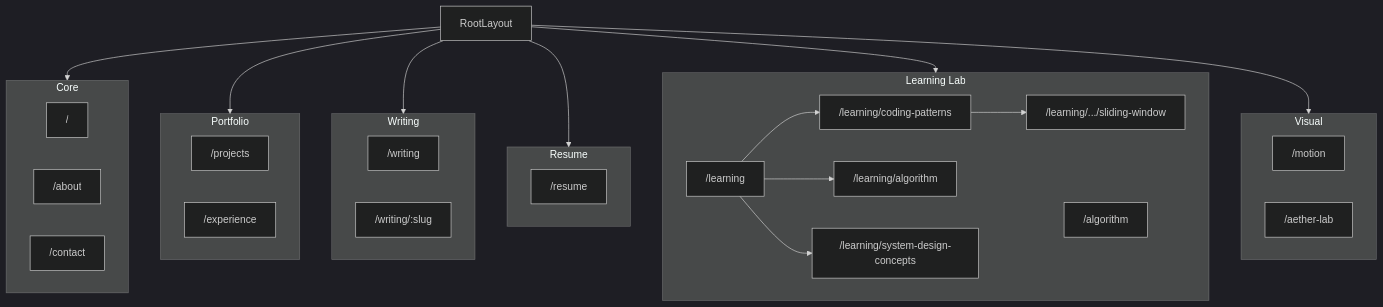
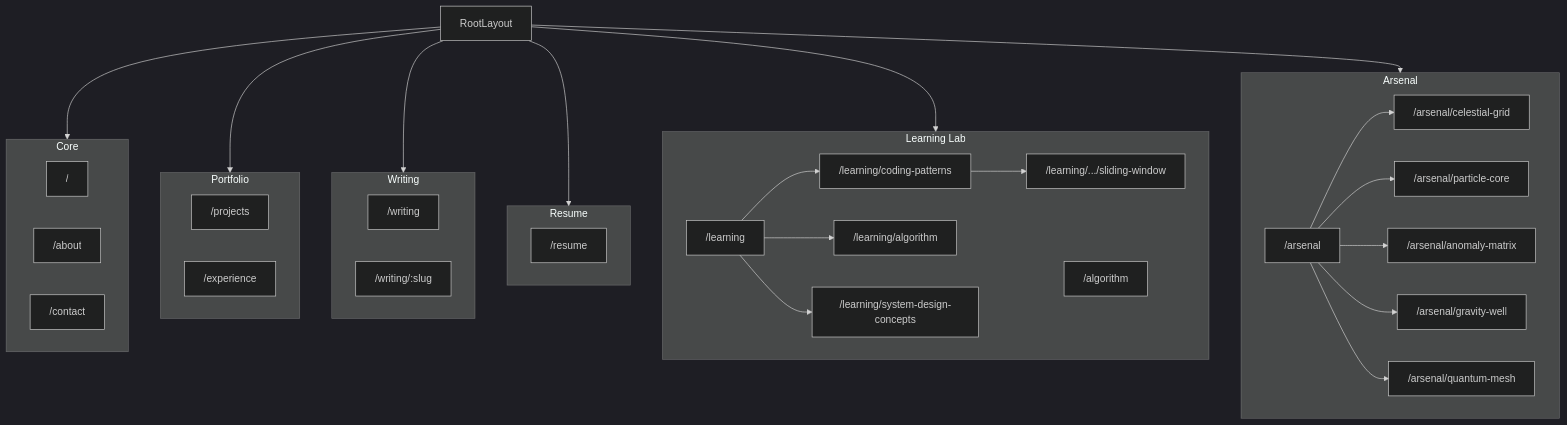
Before and after one commit to amsborse/amsborse.github.io: the first of 2 diagrams in .cursor/knowledge-graph/README.md, drawn with Mermaid (dark theme). The commit also changed 44 other files, not shown here.

````diff
--- a/.cursor/knowledge-graph/README.md
+++ b/.cursor/knowledge-graph/README.md
@@ -20,48 +20,57 @@
 ```mermaid
 flowchart TB
   subgraph core [Core]
     Home["/"]
     About["/about"]
     Contact["/contact"]
   end
 
   subgraph portfolio [Portfolio]
     Projects["/projects"]
     Experience["/experience"]
   end
 
   subgraph writing [Writing]
     Writing["/writing"]
     Article["/writing/:slug"]
   end
 
   subgraph resume [Resume]
     Resume["/resume"]
   end
 
   subgraph learning [Learning Lab]
     Learning["/learning"]
     Patterns["/learning/coding-patterns"]
     Sliding["/learning/.../sliding-window"]
     AlgoHub["/learning/algorithm"]
     SysDesign["/learning/system-design-concepts"]
     Algorithms["/algorithm"]
   end
 
-  subgraph visual [Visual]
-    Motion["/motion"]
-    Aether["/aether-lab"]
+  subgraph visual [Arsenal]
+    Arsenal["/arsenal"]
+    Celestial["/arsenal/celestial-grid"]
+    Particle["/arsenal/particle-core"]
+    Anomaly["/arsenal/anomaly-matrix"]
+    Gravity["/arsenal/gravity-well"]
+    Quantum["/arsenal/quantum-mesh"]
   end
 
   RootLayout --> core
   RootLayout --> portfolio
   RootLayout --> writing
   RootLayout --> resume
   RootLayout --> learning
   RootLayout --> visual
 
   Learning --> Patterns
   Patterns --> Sliding
   Learning --> AlgoHub
   Learning --> SysDesign
+  Arsenal --> Celestial
+  Arsenal --> Particle
+  Arsenal --> Anomaly
+  Arsenal --> Gravity
+  Arsenal --> Quantum
 ```
````
